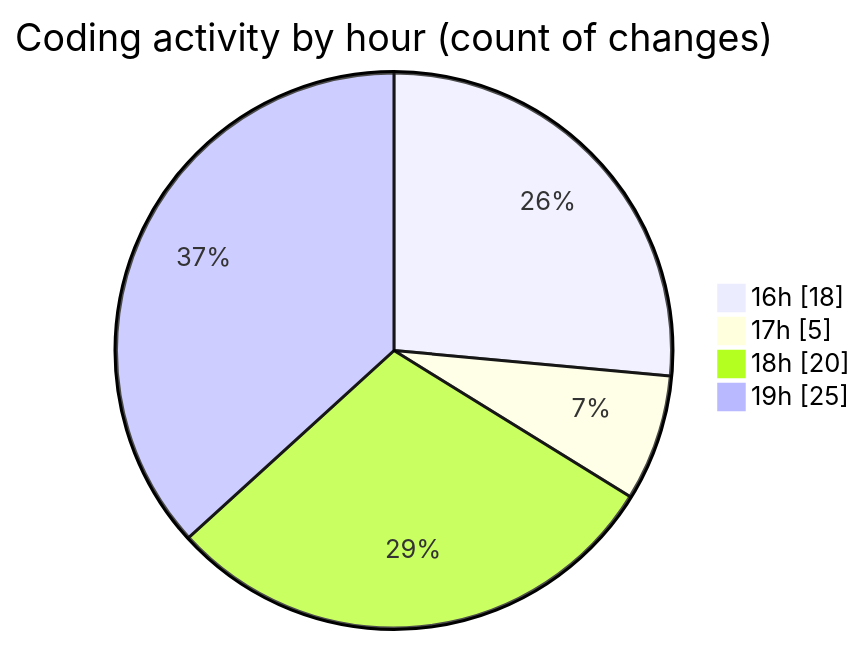
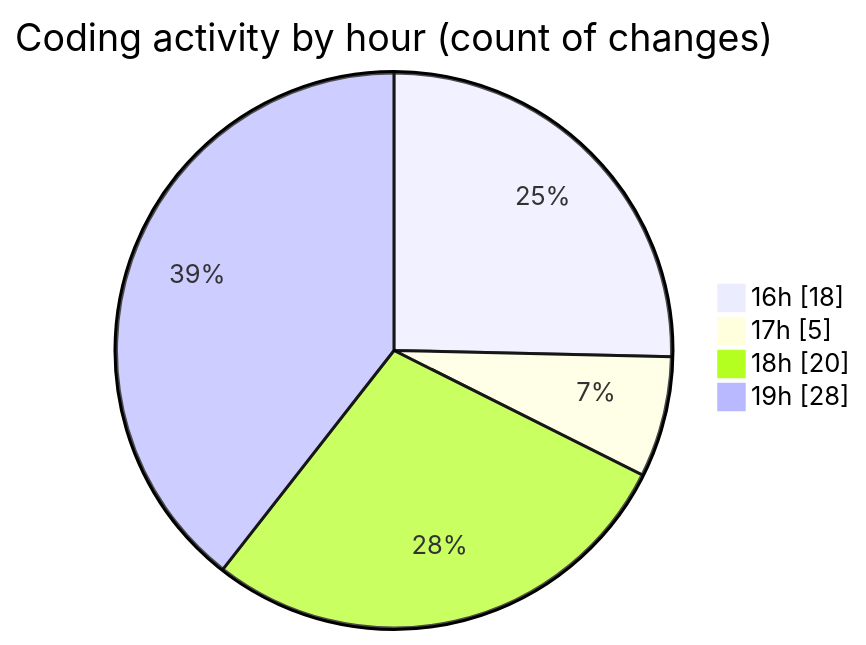
Before and after one commit to donsfak/code-tracking: the second of 2 diagrams in 2025-02-27/uber_clone/README.md, drawn with Mermaid. The commit also changed other lines of this file and 1 other file, not shown here.

````diff
--- a/2025-02-27/uber_clone/README.md
+++ b/2025-02-27/uber_clone/README.md
@@ -29,8 +29,8 @@
 ```mermaid
 pie showData
 title Coding activity by hour (count of changes)
 "16h" : 18
 "17h" : 5
 "18h" : 20
-"19h" : 25
+"19h" : 28
 ```
````
